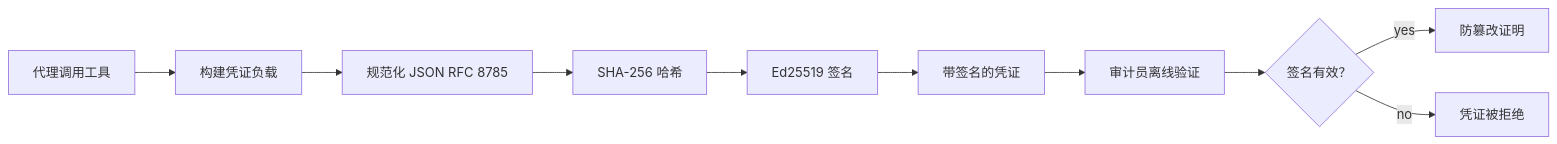
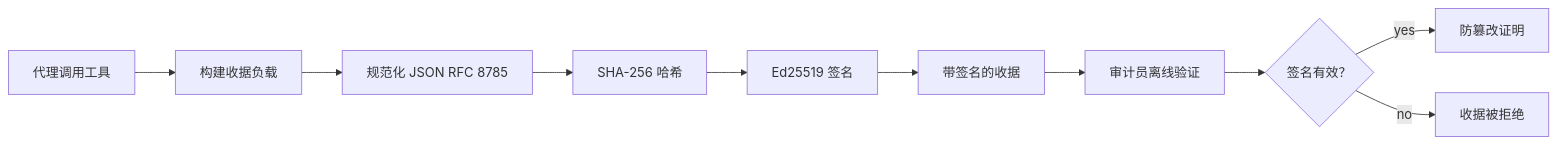
One commit to gabrielmoreira/agent-skills-mirror changed the first of 2 diagrams in mirrors/repos/microsoft@ai-agents-for-beginners/translations/zh-CN/18-securing-ai-agents/README.md. Above: the diagram before and after it, drawn with Mermaid. The commit also changed other lines of this file and 8886 other files, not shown here.

````diff
--- a/mirrors/repos/microsoft@ai-agents-for-beginners/translations/zh-CN/18-securing-ai-agents/README.md
+++ b/mirrors/repos/microsoft@ai-agents-for-beginners/translations/zh-CN/18-securing-ai-agents/README.md
@@ -51,12 +51,12 @@
 ```mermaid
 flowchart LR
-    A[代理调用工具] --> B[构建凭证负载]
+    A[代理调用工具] --> B[构建收据负载]
     B --> C[规范化 JSON RFC 8785]
     C --> D[SHA-256 哈希]
     D --> E[Ed25519 签名]
-    E --> F[带签名的凭证]
+    E --> F[带签名的收据]
     F --> G[审计员离线验证]
     G --> H{签名有效？}
     H -- yes --> I[防篡改证明]
-    H -- no --> J[凭证被拒绝]
+    H -- no --> J[收据被拒绝]
 ```
````
